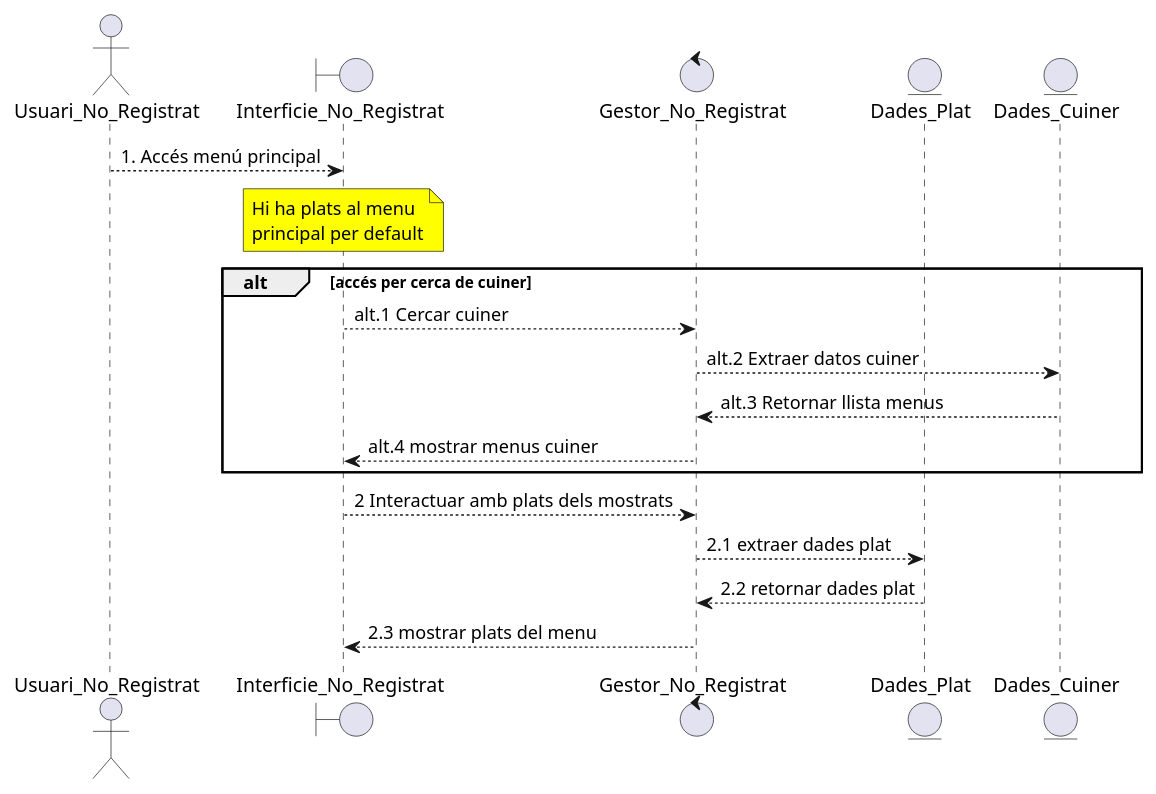
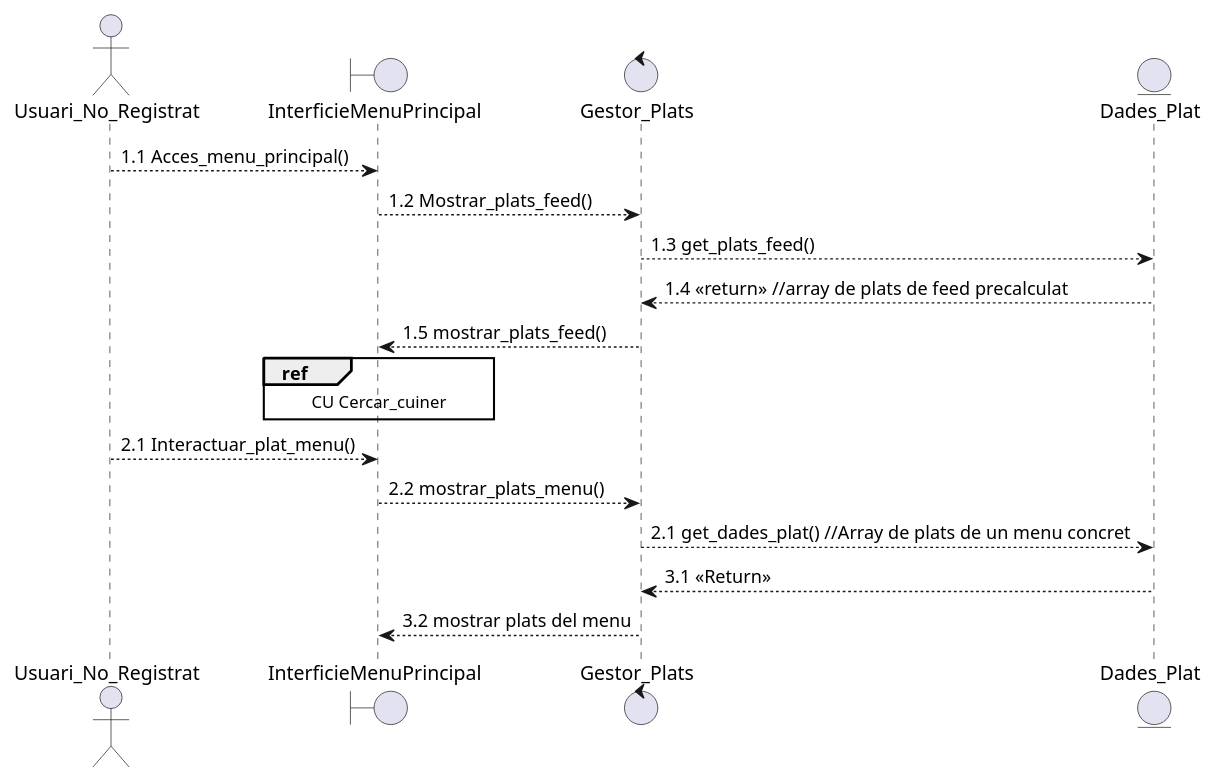
One commit to martipages/ES23UAB431-02 changed the diagram in documents/Diagrames i Especificacions/Seqüencia/ALEJANDRO/Consultar Menu.puml. Above: the diagram before and after it, drawn with PlantUML. The commit also changed other lines of this file and 2 other files, not shown here.

```diff
--- a/documents/Diagrames i Especificacions/Seqüencia/ALEJANDRO/Consultar Menu.puml
+++ b/documents/Diagrames i Especificacions/Seqüencia/ALEJANDRO/Consultar Menu.puml
@@ -1,26 +1,24 @@
 @startuml
 
 actor Usuari_No_Registrat as UsuariN
-boundary Interficie_No_Registrat as interficie
+boundary InterficieMenuPrincipal as interficie
 
-control Gestor_No_Registrat as gestor
+control Gestor_Plats as gestor
 entity Dades_Plat as Plat
-entity Dades_Cuiner as cuiner
 
-UsuariN --> interficie : 1. Accés menú principal
-note over interficie #Yellow : Hi ha plats al menu\nprincipal per default
-alt accés per cerca de cuiner
-  interficie --> gestor : alt.1 Cercar cuiner
-  gestor --> cuiner : alt.2 Extraer datos cuiner
-  cuiner --> gestor : alt.3 Retornar llista menus
-  gestor --> interficie : alt.4 mostrar menus cuiner
-end
-interficie --> gestor : 2 Interactuar amb plats dels mostrats
-gestor --> Plat : 2.1 extraer dades plat
-Plat --> gestor : 2.2 retornar dades plat
-gestor --> interficie : 2.3 mostrar plats del menu
+UsuariN --> interficie : 1.1 Acces_menu_principal()
+interficie --> gestor : 1.2 Mostrar_plats_feed()
+gestor --> Plat : 1.3 get_plats_feed()
+Plat --> gestor : 1.4 <<return>> //array de plats de feed precalculat
+gestor --> interficie : 1.5 mostrar_plats_feed()
+ref over interficie : CU Cercar_cuiner 
+UsuariN --> interficie : 2.1 Interactuar_plat_menu()
+interficie --> gestor : 2.2 mostrar_plats_menu()
+gestor --> Plat : 2.1 get_dades_plat() //Array de plats de un menu concret
+Plat --> gestor : 3.1 <<Return>>
+gestor --> interficie : 3.2 mostrar plats del menu
 
 
 
 
 @enduml
```
